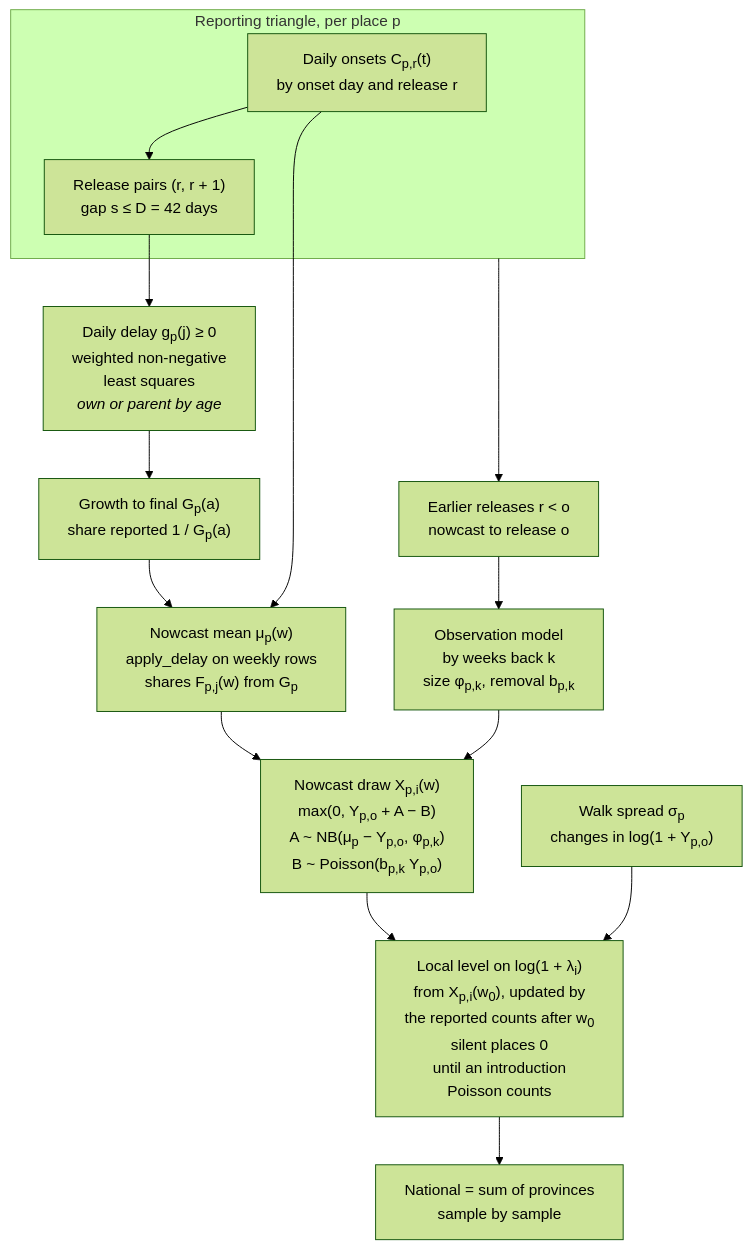
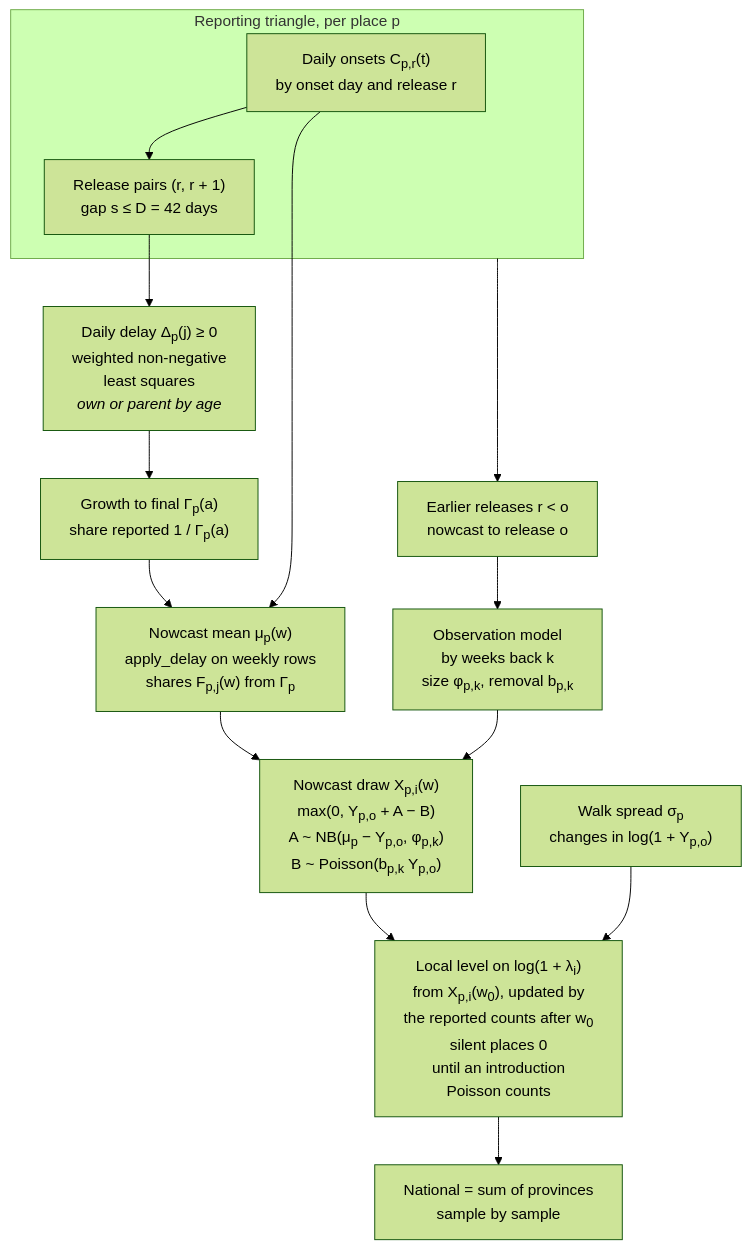
Before and after one commit to seabbs/BDBVHubRenewal: the first of 2 diagrams in docs/methods/baselines.md, drawn with Mermaid (forest theme). The commit also changed other lines of this file and 3 other files, not shown here.

````diff
--- a/docs/methods/baselines.md
+++ b/docs/methods/baselines.md
@@ -16,29 +16,29 @@
 ```mermaid
 flowchart TD
     subgraph TRI["Reporting triangle, per place p"]
         SNAP["Daily onsets C<sub>p,r</sub>(t)<br/>by onset day and release r"]
         PAIR["Release pairs (r, r + 1)<br/>gap s ≤ D = 42 days"]
     end
-    DEL["Daily delay g<sub>p</sub>(j) ≥ 0<br/>weighted non-negative<br/>least squares<br/><i>own or parent by age</i>"]
-    G["Growth to final G<sub>p</sub>(a)<br/>share reported 1 / G<sub>p</sub>(a)"]
-    MU["Nowcast mean μ<sub>p</sub>(w)<br/>apply_delay on weekly rows<br/>shares F<sub>p,j</sub>(w) from G<sub>p</sub>"]
+    DEL["Daily delay Δ<sub>p</sub>(j) ≥ 0<br/>weighted non-negative<br/>least squares<br/><i>own or parent by age</i>"]
+    G["Growth to final Γ<sub>p</sub>(a)<br/>share reported 1 / Γ<sub>p</sub>(a)"]
+    MU["Nowcast mean μ<sub>p</sub>(w)<br/>apply_delay on weekly rows<br/>shares F<sub>p,j</sub>(w) from Γ<sub>p</sub>"]
     RETRO["Earlier releases r &lt; o<br/>nowcast to release o"]
     OBS["Observation model<br/>by weeks back k<br/>size φ<sub>p,k</sub>, removal b<sub>p,k</sub>"]
     X["Nowcast draw X<sub>p,i</sub>(w)<br/>max(0, Y<sub>p,o</sub> + A − B)<br/>A ~ NB(μ<sub>p</sub> − Y<sub>p,o</sub>, φ<sub>p,k</sub>)<br/>B ~ Poisson(b<sub>p,k</sub> Y<sub>p,o</sub>)"]
     SIG["Walk spread σ<sub>p</sub><br/>changes in log(1 + Y<sub>p,o</sub>)"]
     W["Local level on log(1 + λ<sub>i</sub>)<br/>from X<sub>p,i</sub>(w<sub>0</sub>), updated by<br/>the reported counts after w<sub>0</sub><br/>silent places 0<br/>until an introduction<br/>Poisson counts"]
     NAT["National = sum of provinces<br/>sample by sample"]
 
     SNAP --> PAIR
     PAIR --> DEL
     DEL --> G
     G --> MU
     SNAP --> MU
     TRI --> RETRO
     RETRO --> OBS
     MU --> X
     OBS --> X
     X --> W
     SIG --> W
     W --> NAT
 ```
````
